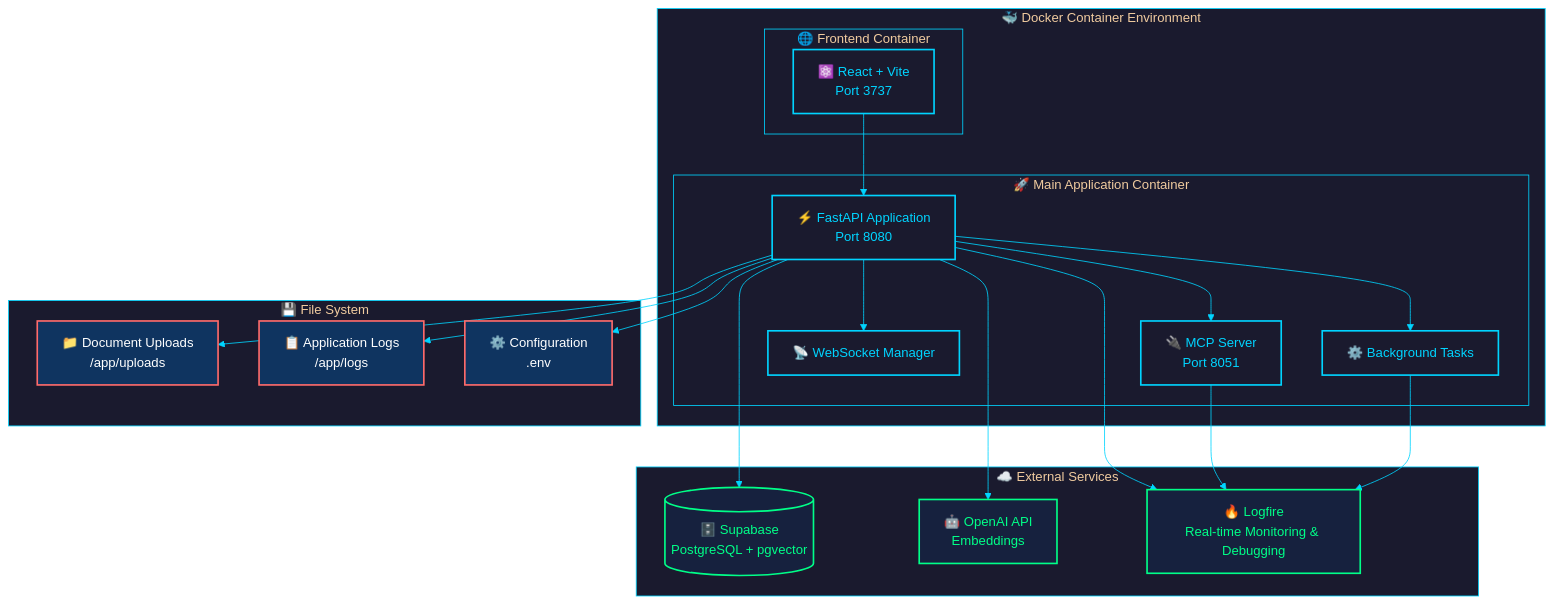
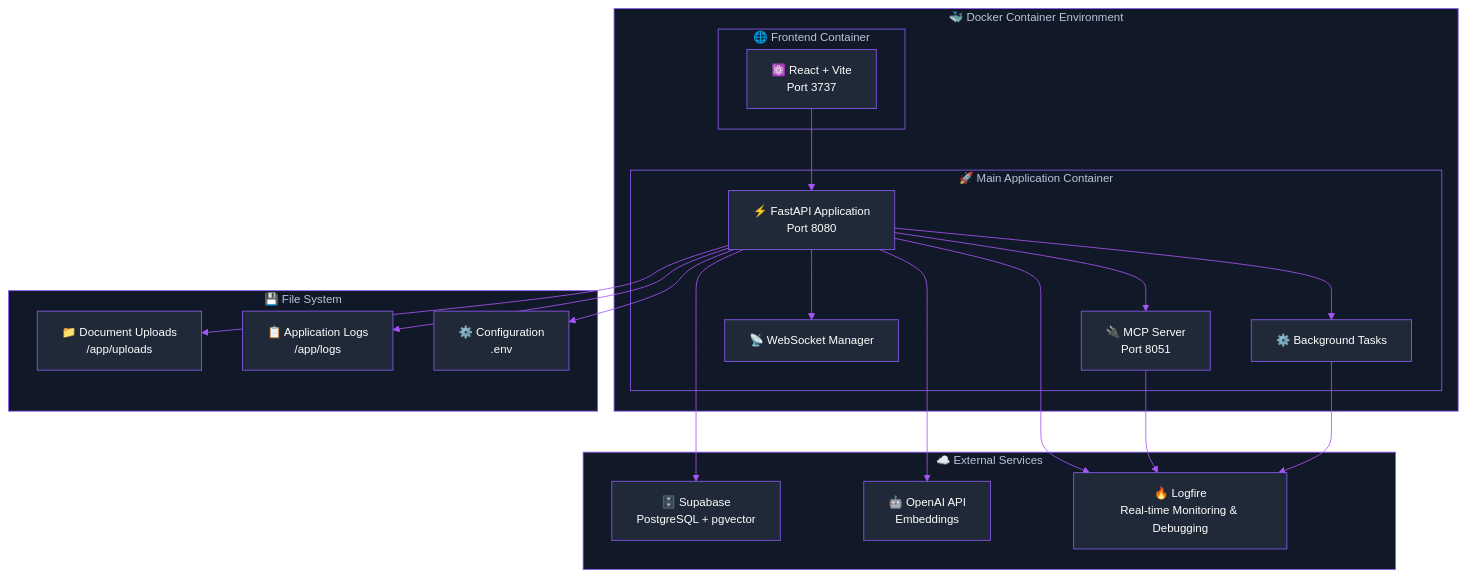
The diagram in docs/docs/server.mdx (tarsonis125/mcp-crawl4ai-rag-ChromaDB-V1), drawn with Mermaid before and after one commit. The commit also changed 18 other files, not shown here.

````diff
--- a/docs/docs/server.mdx
+++ b/docs/docs/server.mdx
@@ -24,65 +24,58 @@
 ```mermaid
----
-config:
-  theme: 'base'
-  themeVariables:
-    primaryColor: '#1a1a2e'
-    primaryTextColor: '#00d4ff'
-    primaryBorderColor: '#00d4ff'
-    lineColor: '#00d4ff'
-    secondaryColor: '#16213e'
-    tertiaryColor: '#0f3460'
-    background: '#0a0a1a'
-    mainBkg: '#1a1a2e'
-    secondBkg: '#16213e'
-    textColor: '#ffffff'
-    clusterBkg: '#1a1a2e'
-    clusterBorder: '#00d4ff'
----
+%%{init:{
+  'theme':'base',
+  'themeVariables': {
+    'primaryColor':'#1f2937',
+    'primaryTextColor':'#ffffff',
+    'primaryBorderColor':'#8b5cf6',
+    'lineColor':'#a855f7',
+    'textColor':'#ffffff',
+    'fontFamily':'Inter',
+    'fontSize':'14px',
+    'background':'#000000',
+    'mainBkg':'#1f2937',
+    'secondBkg':'#111827',
+    'borderColor':'#8b5cf6',
+    'clusterBkg':'#111827',
+    'clusterBorder':'#8b5cf6'
+  }
+}}%%
 graph TB
     subgraph "🐳 Docker Container Environment"
         subgraph "🚀 Main Application Container"
             FastAPI["⚡ FastAPI Application<br/>Port 8080"]
             MCP["🔌 MCP Server<br/>Port 8051"]
             WS["📡 WebSocket Manager"]
             BG["⚙️ Background Tasks"]
         end
         
         subgraph "🌐 Frontend Container"
             React["⚛️ React + Vite<br/>Port 3737"]
         end
     end
     
     subgraph "☁️ External Services"
-        Supabase[("🗄️ Supabase<br/>PostgreSQL + pgvector")]
+        Supabase["🗄️ Supabase<br/>PostgreSQL + pgvector"]
         OpenAI["🤖 OpenAI API<br/>Embeddings"]
         Logfire["🔥 Logfire<br/>Real-time Monitoring & Debugging"]
     end
     
     subgraph "💾 File System"
         Uploads["📁 Document Uploads<br/>/app/uploads"]
         Logs["📋 Application Logs<br/>/app/logs"]
         Config["⚙️ Configuration<br/>.env"]
     end
     
     React --> FastAPI
     FastAPI --> MCP
     FastAPI --> WS
     FastAPI --> BG
     FastAPI --> Supabase
     FastAPI --> OpenAI
     FastAPI --> Logfire
     FastAPI --> Uploads
     FastAPI --> Logs
     FastAPI --> Config
     MCP --> Logfire
     BG --> Logfire
-    
-    classDef neonCore fill:#1a1a2e,stroke:#00d4ff,stroke-width:2px,color:#00d4ff
-    classDef neonExternal fill:#16213e,stroke:#00ff88,stroke-width:2px,color:#00ff88
-    classDef neonSystem fill:#0f3460,stroke:#ff6b6b,stroke-width:2px,color:#ffffff
-    
-    class FastAPI,MCP,WS,BG,React neonCore
-    class Supabase,OpenAI,Logfire neonExternal
-    class Uploads,Logs,Config neonSystem
 ```
````
